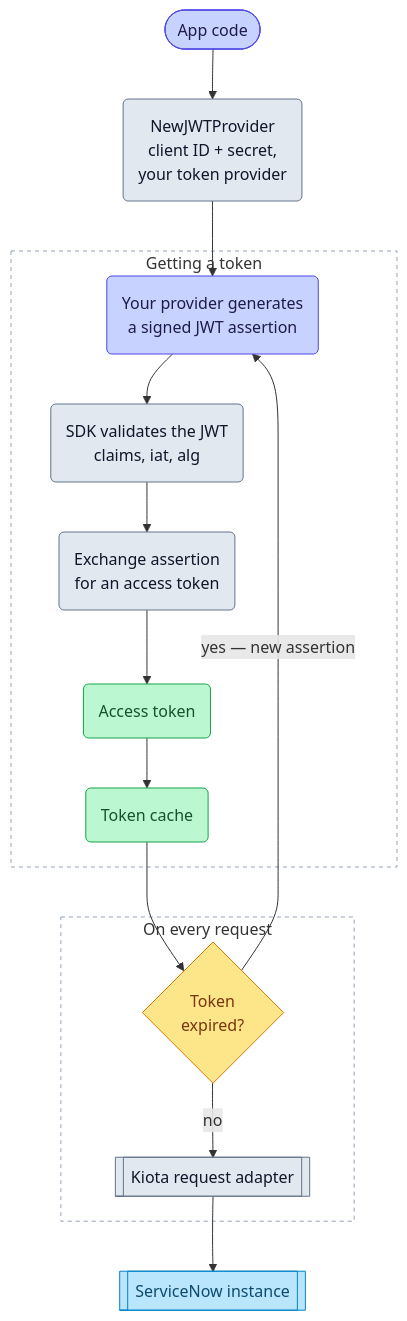
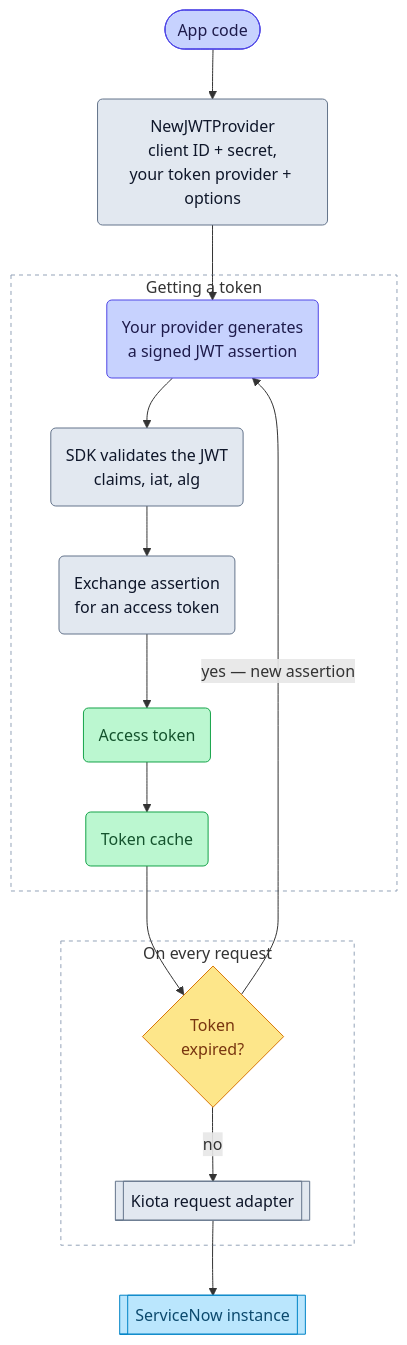
The diagram in website/docs/user-guide/authentication/jwt-token.mdx (michaeldcanady/servicenow-sdk-go), drawn with Mermaid before and after one commit. The commit also changed 9 other files, not shown here.

````diff
--- a/website/docs/user-guide/authentication/jwt-token.mdx
+++ b/website/docs/user-guide/authentication/jwt-token.mdx
@@ -35,28 +35,28 @@
 ```mermaid
 flowchart TD
-    A([App code]):::app --> B(NewJWTProvider<br/>client ID + secret,<br/>your token provider):::sdk
+    A([App code]):::app --> B(NewJWTProvider<br/>client ID + secret,<br/>your token provider + options):::sdk
 
     subgraph acquire ["Getting a token"]
         F(Your provider generates<br/>a signed JWT assertion):::app --> G(SDK validates the JWT<br/>claims, iat, alg):::sdk
         G --> H(Exchange assertion<br/>for an access token):::sdk
         H --> I(Access token):::token
         I --> J(Token cache):::token
     end
     B --> F
 
     subgraph request ["On every request"]
         K{Token<br/>expired?}:::decision
         K -- no --> L[[Kiota request adapter]]:::sdk
     end
     J --> K
     K -- "yes — new assertion" --> F
     L --> M[[ServiceNow instance]]:::external
 
     classDef app fill:#c7d2fe,stroke:#4f46e5,color:#1e1b4b
     classDef sdk fill:#e2e8f0,stroke:#64748b,color:#0f172a
     classDef decision fill:#fde68a,stroke:#d97706,color:#78350f
     classDef token fill:#bbf7d0,stroke:#16a34a,color:#14532d
     classDef external fill:#bae6fd,stroke:#0284c7,color:#0c4a6e
     style acquire fill:transparent,stroke:#94a3b8,stroke-dasharray:4 4
     style request fill:transparent,stroke:#94a3b8,stroke-dasharray:4 4
 ```
````
